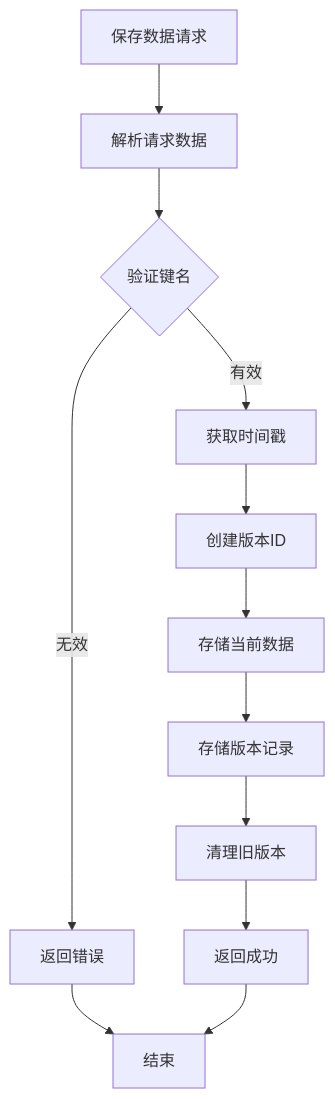
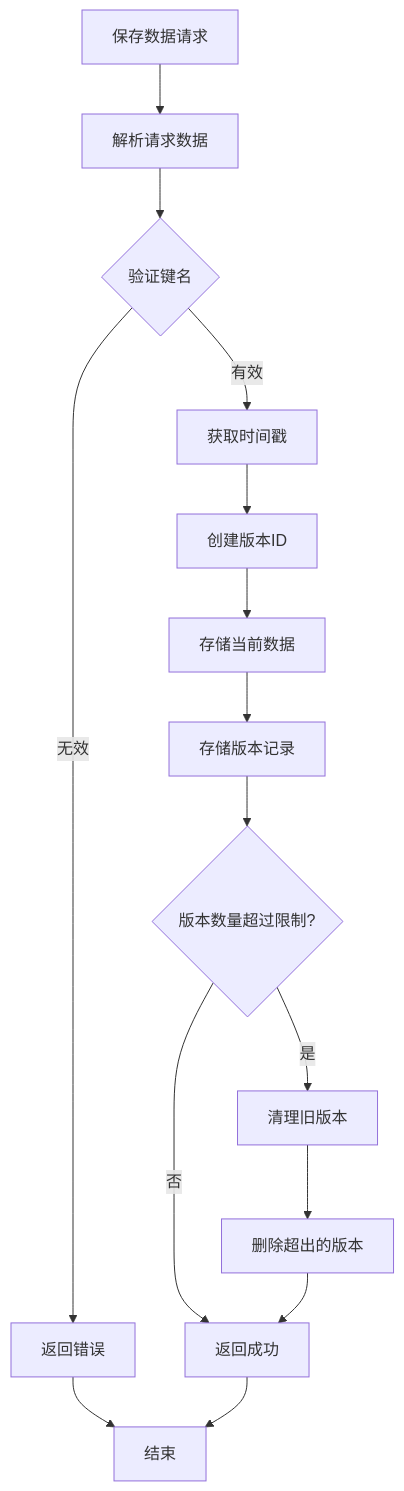
Before and after one commit to steveyu2/formula-mapper: the eighth of 11 diagrams in .qoder/repowiki/zh/content/用户指南/数据管理/云存储系统.md, drawn with Mermaid. The commit also changed other lines of this file and 7 other files, not shown here.

````diff
--- a/.qoder/repowiki/zh/content/用户指南/数据管理/云存储系统.md
+++ b/.qoder/repowiki/zh/content/用户指南/数据管理/云存储系统.md
@@ -322,14 +357,17 @@
 ```mermaid
 flowchart TD
 SaveData[保存数据请求] --> ParseData[解析请求数据]
 ParseData --> ValidateKey{验证键名}
 ValidateKey --> |无效| ReturnError[返回错误]
 ValidateKey --> |有效| GetTimestamp[获取时间戳]
 GetTimestamp --> CreateVersion[创建版本ID]
 CreateVersion --> StoreCurrent[存储当前数据]
 StoreCurrent --> StoreVersion[存储版本记录]
-StoreVersion --> CleanupOld[清理旧版本]
-CleanupOld --> ReturnSuccess[返回成功]
+StoreVersion --> CheckCount{版本数量超过限制?}
+CheckCount --> |否| ReturnSuccess[返回成功]
+CheckCount --> |是| CleanupOld[清理旧版本]
+CleanupOld --> DeleteExcess[删除超出的版本]
+DeleteExcess --> ReturnSuccess
 ReturnError --> End[结束]
 ReturnSuccess --> End
 ```
````
